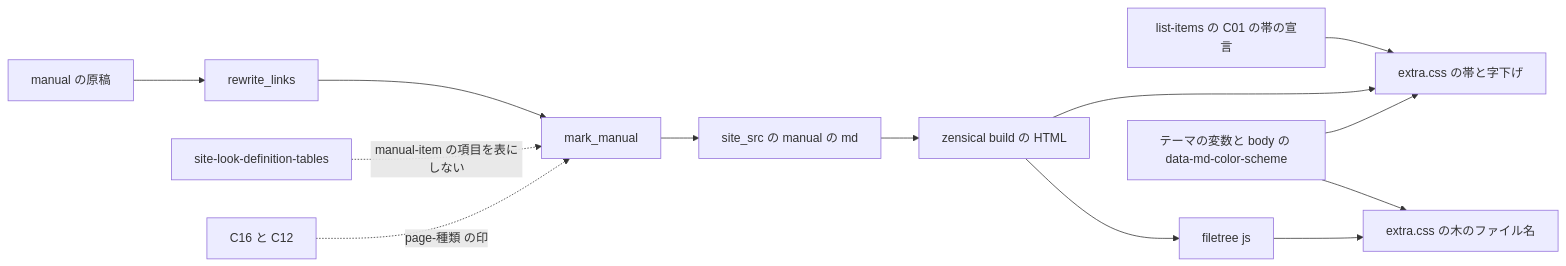
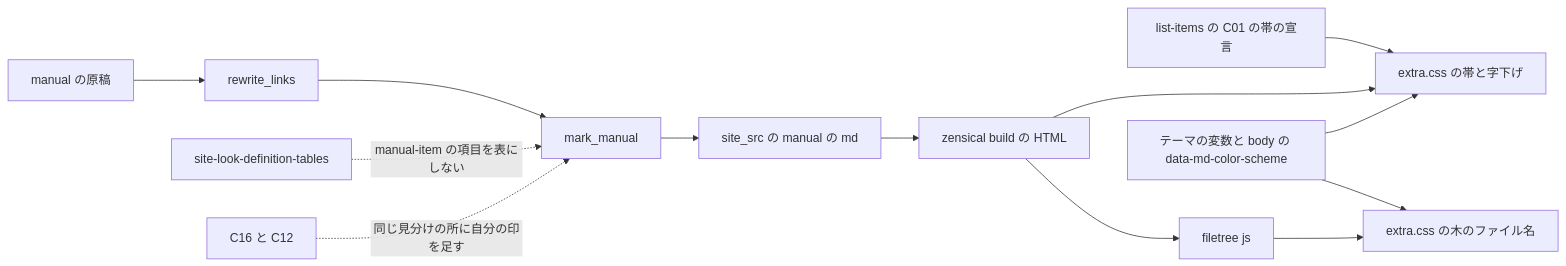
One commit to ekicyou/doc_edit changed the first of 3 diagrams in .kiro/specs/site-look-manual-files/design.md. Above: the diagram before and after it, drawn with Mermaid. The commit also changed other lines of this file and 2 other files, not shown here.

````diff
--- a/.kiro/specs/site-look-manual-files/design.md
+++ b/.kiro/specs/site-look-manual-files/design.md
@@ -71,15 +71,15 @@
 ```mermaid
 graph LR
     Manuscript[manual の原稿] --> Rewrite[rewrite_links]
     Rewrite --> Mark[mark_manual]
     Mark --> Src[site_src の manual の md]
     Src --> Html[zensical build の HTML]
     Html --> Band[extra.css の帯と字下げ]
     C01[list-items の C01 の帯の宣言] --> Band
     Html --> Tree[filetree js]
     Tree --> TreeColor[extra.css の木のファイル名]
     Theme[テーマの変数と body の data-md-color-scheme] --> Band
     Theme --> TreeColor
     DefTables[site-look-definition-tables] -.manual-item の項目を表にしない.-> Mark
-    Later[C16 と C12] -.page-種類 の印.-> Mark
+    Later[C16 と C12] -.同じ見分けの所に自分の印を足す.-> Mark
 ```
````
